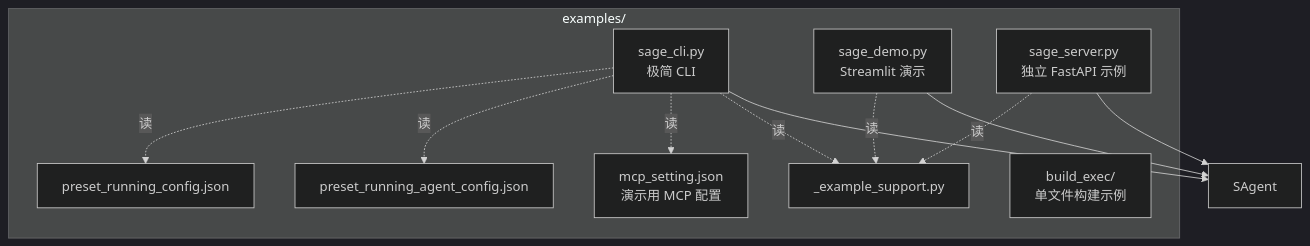
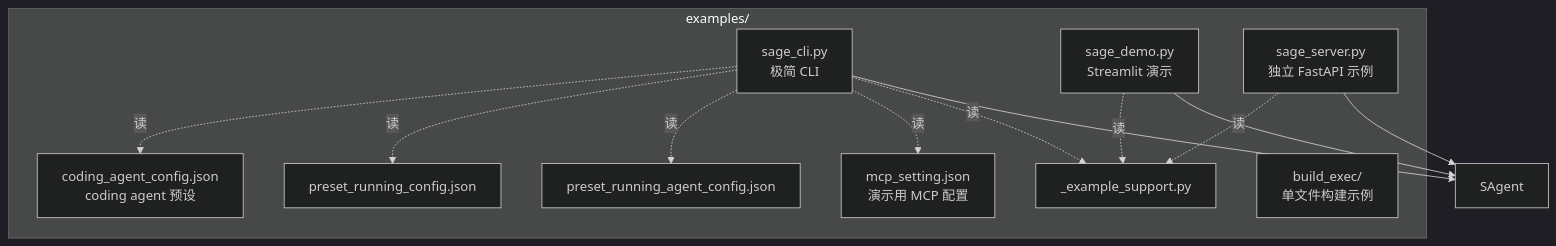
The third of 6 diagrams in docs/zh/architecture/ARCHITECTURE_APP_OTHERS.md (ZHangZHengEric/Sage), drawn with Mermaid (dark theme) before and after one commit. The commit also changed 89 other files, not shown here.

Commit message:
feat: polish coding config and terminal tui

````diff
--- a/docs/zh/architecture/ARCHITECTURE_APP_OTHERS.md
+++ b/docs/zh/architecture/ARCHITECTURE_APP_OTHERS.md
@@ -59,23 +59,25 @@
 ```mermaid
 flowchart TB
     subgraph G_Ex ["examples/"]
         SCli[sage_cli.py<br/>极简 CLI]
         SDemo[sage_demo.py<br/>Streamlit 演示]
         SSrv[sage_server.py<br/>独立 FastAPI 示例]
         Helper[_example_support.py]
         Mcp[mcp_setting.json<br/>演示用 MCP 配置]
         Cfg1[preset_running_agent_config.json]
         Cfg2[preset_running_config.json]
+        Cfg3[coding_agent_config.json<br/>coding agent 预设]
         Build[build_exec/<br/>单文件构建示例]
     end
 
     SCli --> SAgent
     SDemo --> SAgent
     SSrv --> SAgent
     SCli -.读.-> Helper
     SDemo -.读.-> Helper
     SSrv -.读.-> Helper
     SCli -.读.-> Mcp
     SCli -.读.-> Cfg1
     SCli -.读.-> Cfg2
+    SCli -.读.-> Cfg3
 ```
````
